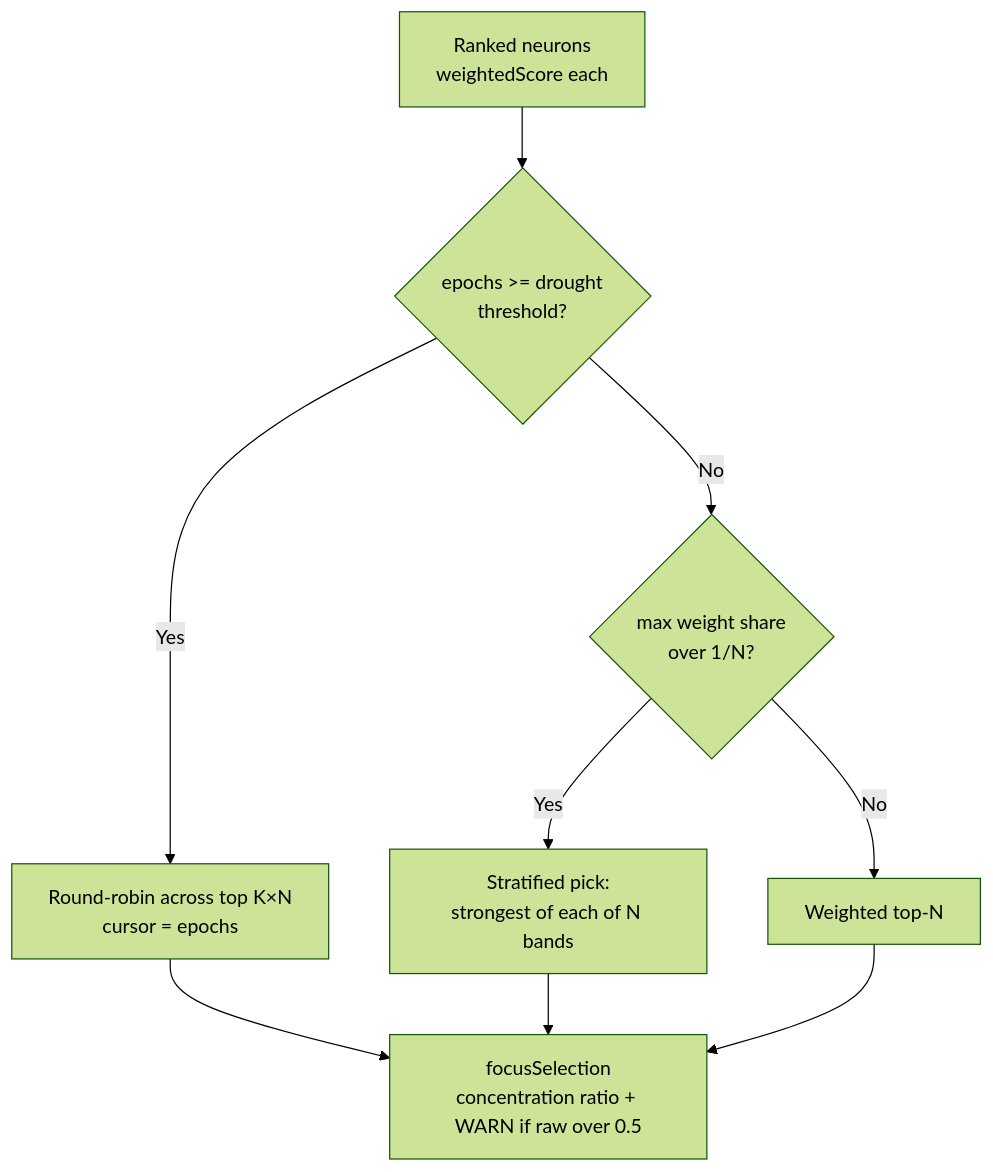
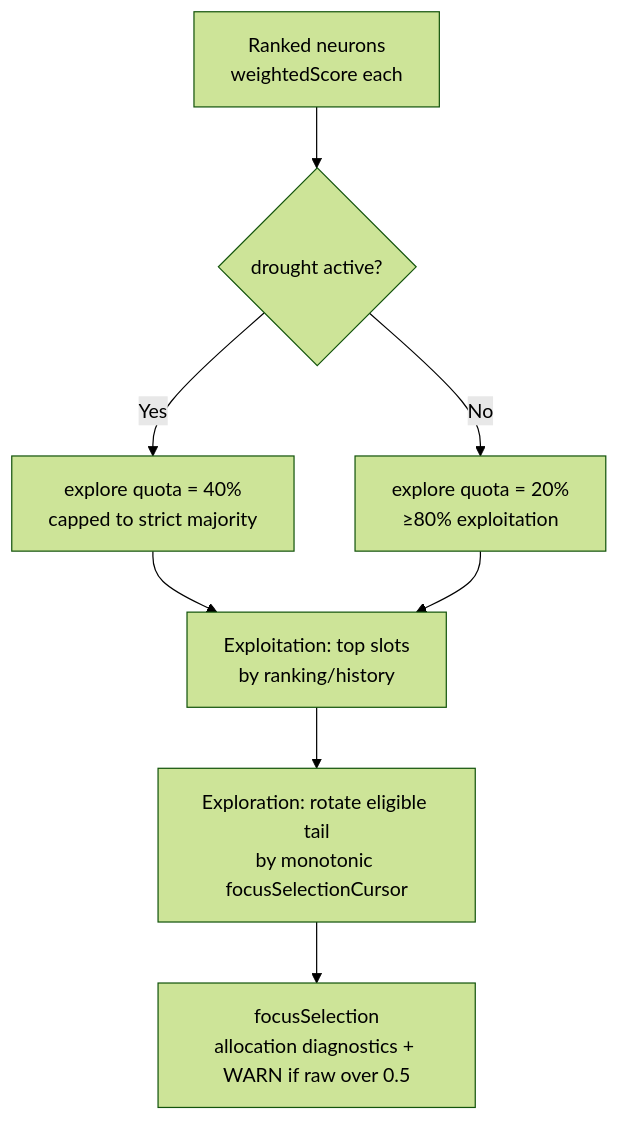
The first of 4 diagrams in docs/FOCUS_SELECTION.md (stSoftwareAU/NEAT-AI-Discovery), drawn with Mermaid (forest theme) before and after one commit. The commit also changed other lines of this file and 7 other files, not shown here.

First line of the commit message:
Replace focus stratification with exploit/explore allocation (Issue #1662)

````diff
--- a/docs/FOCUS_SELECTION.md
+++ b/docs/FOCUS_SELECTION.md
@@ -150,11 +165,10 @@
 ```mermaid
 flowchart TD
-    R[Ranked neurons<br/>weightedScore each] --> C{epochs >= drought<br/>threshold?}
-    C -- Yes --> RR[Round-robin across top K×N<br/>cursor = epochs]
-    C -- No --> D{max weight share<br/>over 1/N?}
-    D -- Yes --> ST[Stratified pick:<br/>strongest of each of N bands]
-    D -- No --> TN[Weighted top-N]
-    RR --> O[focusSelection<br/>concentration ratio + WARN if raw over 0.5]
-    ST --> O
-    TN --> O
+    R[Ranked neurons<br/>weightedScore each] --> Q{drought active?}
+    Q -- Yes --> W[explore quota = 40%<br/>capped to strict majority]
+    Q -- No --> N2[explore quota = 20%<br/>≥80% exploitation]
+    W --> EX[Exploitation: top slots<br/>by ranking/history]
+    N2 --> EX
+    EX --> EP[Exploration: rotate eligible tail<br/>by monotonic focusSelectionCursor]
+    EP --> O[focusSelection<br/>allocation diagnostics + WARN if raw over 0.5]
 ```
````
